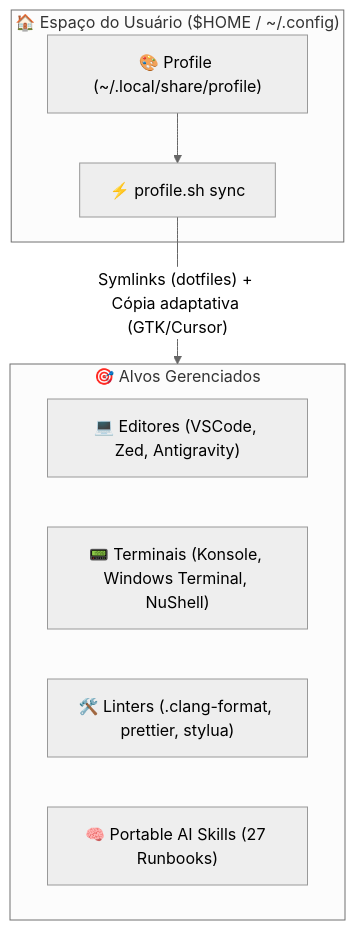
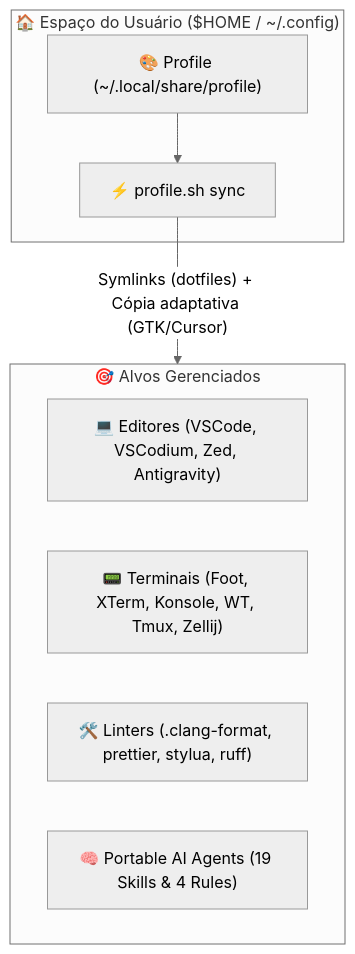
Before and after one commit to GabrielFrigo4/profile: the diagram in README.md, drawn with Mermaid (neutral theme). The commit also changed other lines of this file and 133 other files, not shown here.

````diff
--- a/README.md
+++ b/README.md
@@ -43,17 +43,17 @@
 ```mermaid
 flowchart TD
     subgraph HOME ["🏠 Espaço do Usuário ($HOME / ~/.config)"]
         PR_REPO["🎨 Profile (~/.local/share/profile)"]
         SYNC["⚡ profile.sh sync"]
     end
 
     subgraph TARGETS ["🎯 Alvos Gerenciados"]
-        ED["💻 Editores (VSCode, Zed, Antigravity)"]
-        TR["📟 Terminais (Konsole, Windows Terminal, NuShell)"]
-        TL["🛠️ Linters (.clang-format, prettier, stylua)"]
-        SK["🧠 Portable AI Skills (27 Runbooks)"]
+        ED["💻 Editores (VSCode, VSCodium, Zed, Antigravity)"]
+        TR["📟 Terminais (Foot, XTerm, Konsole, WT, Tmux, Zellij)"]
+        TL["🛠️ Linters (.clang-format, prettier, stylua, ruff)"]
+        SK["🧠 Portable AI Agents (19 Skills & 4 Rules)"]
     end
 
     PR_REPO --> SYNC
     SYNC -->|"Symlinks (dotfiles) + Cópia adaptativa (GTK/Cursor)"| TARGETS
 ```
````
